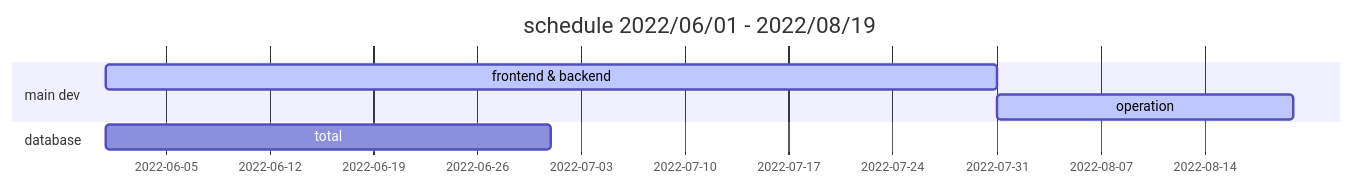
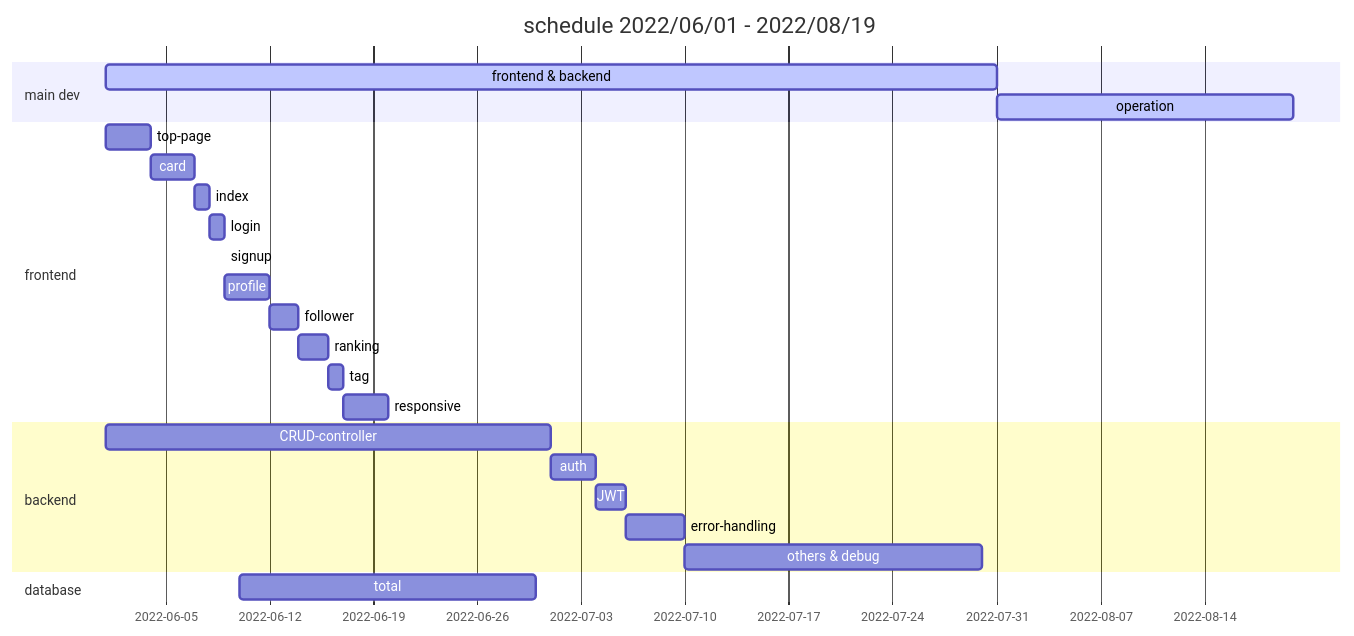
Before and after one commit to AkihitoNakano/web-portfolio: the first of 8 diagrams in README.md, drawn with Mermaid. The commit also changed other lines of this file and 5 other files, not shown here.

````diff
--- a/README.md
+++ b/README.md
@@ -249,11 +251,32 @@
 ```mermaid
 gantt
 title schedule 2022/06/01 - 2022/08/19
 dateFormat YYYY-MM-DD
 section main dev
 frontend & backend         : active, dev, 2022-06-01, 60d
 operation      : active, op, 2022-07-31, 20d
 
+section frontend
+top-page: 2022-06-01, 3d
+card: 3d
+index: 1d
+login: 1d
+signup: id
+profile: 3d
+follower: 2d
+ranking: 2d
+tag: 1d
+responsive: 3d
+
+section backend
+CRUD-controller: 2022-06-01,30d
+auth: 3d
+JWT: 2d
+error-handling: 4d
+others & debug: 20d
+
+
+
 section database
-total        : 2022-06-01, 30d
+total        : 2022-06-10, 20d
 ```
````
